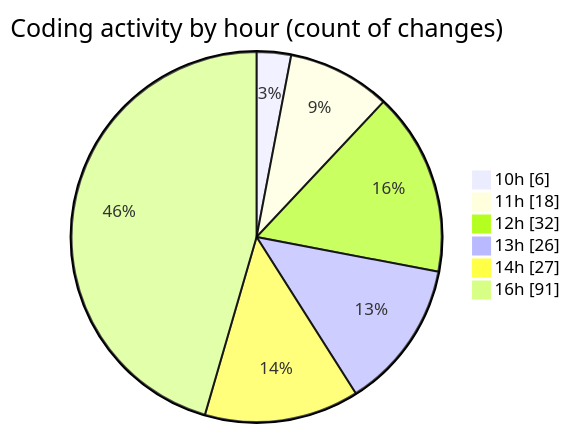
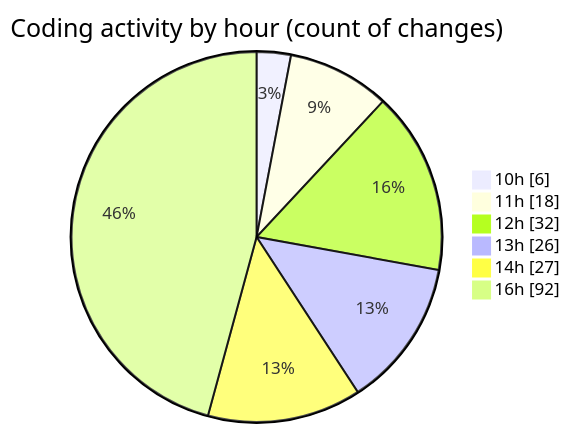
One commit to momahboobian/code-tracking changed the second of 2 diagrams in 2026-09-03/cda/README.md. Above: the diagram before and after it, drawn with Mermaid. The commit also changed other lines of this file and 1 other file, not shown here.

````diff
--- a/2026-09-03/cda/README.md
+++ b/2026-09-03/cda/README.md
@@ -98,10 +98,10 @@
 ```mermaid
 pie showData
 title Coding activity by hour (count of changes)
 "10h" : 6
 "11h" : 18
 "12h" : 32
 "13h" : 26
 "14h" : 27
-"16h" : 91
+"16h" : 92
 ```
````
